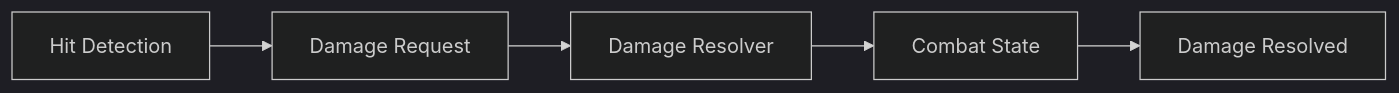
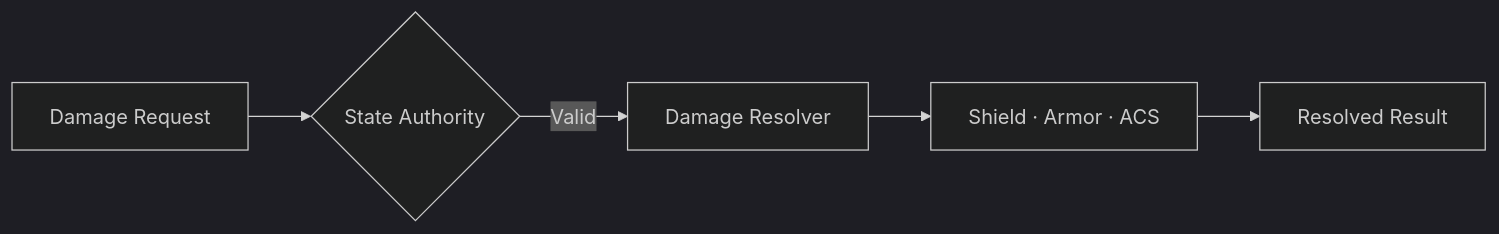
The second of 2 diagrams in README.md (wjddh1999/RIP-Showcase), drawn with Mermaid (dark theme) before and after one commit. The commit also changed other lines of this file, not shown here.

````diff
--- a/README.md
+++ b/README.md
@@ -68,7 +68,7 @@
 ```mermaid
 flowchart LR
-    P[Hit Detection] --> Q[Damage Request]
-    Q --> R[Damage Resolver]
-    R --> S[Combat State]
-    S --> T[Damage Resolved]
+    A[Damage Request] --> B{State Authority}
+    B -->|Valid| C[Damage Resolver]
+    C --> D[Shield · Armor · ACS]
+    D --> E[Resolved Result]
 ```
````
